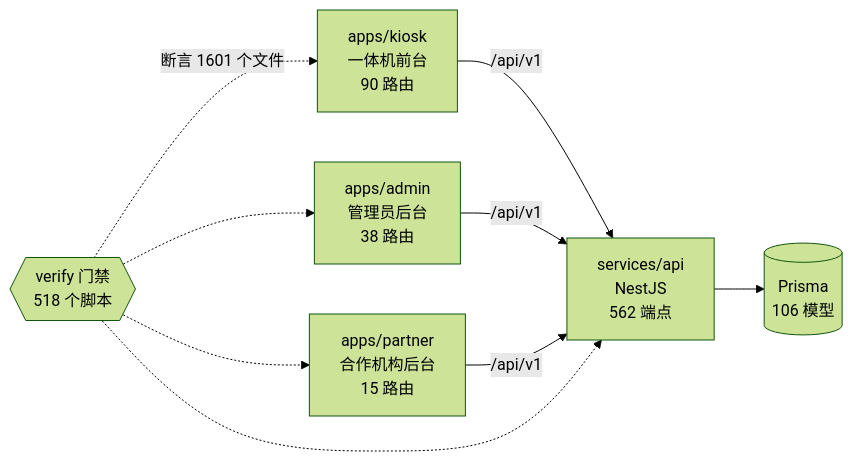
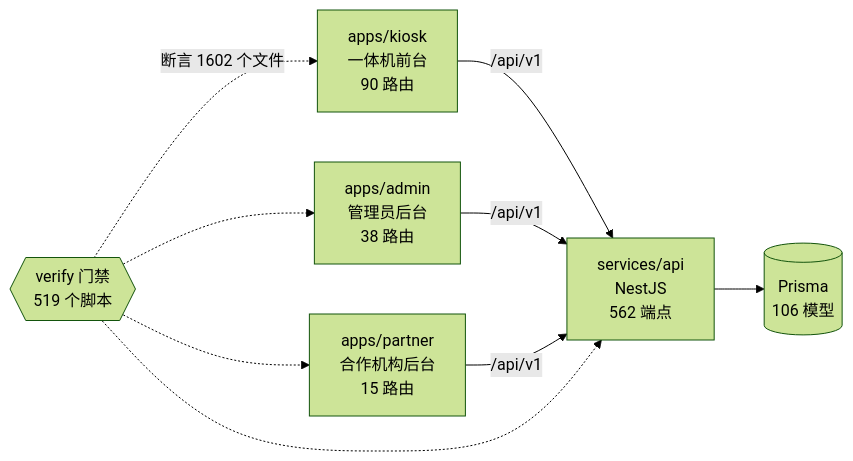
Before and after one commit to wanglei581/YITIJI: the diagram in docs/graph/README.md, drawn with Mermaid (forest theme). The commit also changed other lines of this file and 5 other files, not shown here.

````diff
--- a/docs/graph/README.md
+++ b/docs/graph/README.md
@@ -68,18 +68,18 @@
 ```mermaid
 flowchart LR
   kiosk["apps/kiosk<br/>一体机前台<br/>90 路由"]
   admin["apps/admin<br/>管理员后台<br/>38 路由"]
   partner["apps/partner<br/>合作机构后台<br/>15 路由"]
   api["services/api<br/>NestJS<br/>562 端点"]
   db[("Prisma<br/>106 模型")]
-  gates{{"verify 门禁<br/>518 个脚本"}}
+  gates{{"verify 门禁<br/>519 个脚本"}}
 
   kiosk -->|"/api/v1"| api
   admin -->|"/api/v1"| api
   partner -->|"/api/v1"| api
   api --> db
-  gates -.->|"断言 1601 个文件"| kiosk
+  gates -.->|"断言 1602 个文件"| kiosk
   gates -.-> admin
   gates -.-> partner
   gates -.-> api
 ```
````
